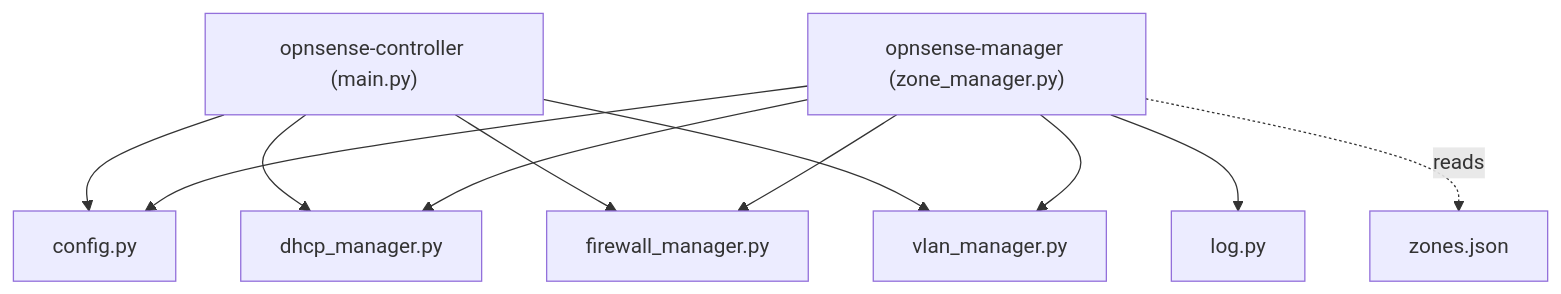
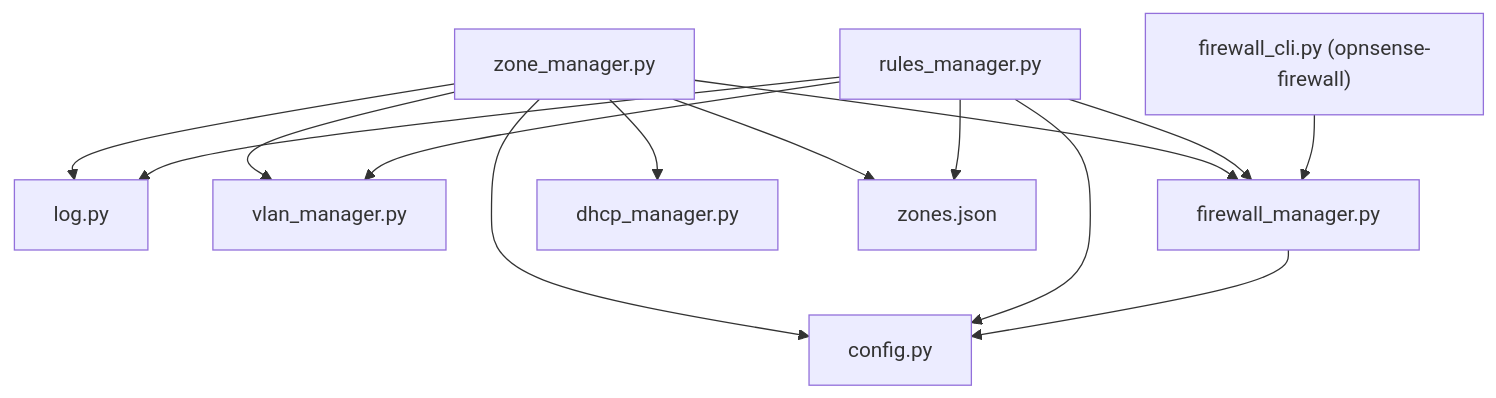
Before and after one commit to TAPPaaS/TAPPaaS: the fifth of 5 diagrams in src/foundation/DEPENDENCIES.md, drawn with Mermaid. The commit also changed other lines of this file and 181 other files, not shown here.

````diff
--- a/src/foundation/DEPENDENCIES.md
+++ b/src/foundation/DEPENDENCIES.md
@@ -162,13 +245,16 @@
 ```mermaid
 graph TD
-    OC["opnsense-controller (main.py)"] --> CONF["config.py"]
-    OC --> DHCP["dhcp_manager.py"]
-    OC --> FW["firewall_manager.py"]
-    OC --> VLAN["vlan_manager.py"]
-    OM["opnsense-manager (zone_manager.py)"] --> CONF
-    OM --> DHCP
-    OM --> FW
-    OM --> VLAN
-    OM --> LOG["log.py"]
-    OM -.reads.-> ZN["zones.json"]
+    ZM["zone_manager.py"] --> CFG["config.py"]
+    ZM --> LOG["log.py"]
+    ZM --> VL["vlan_manager.py"]
+    ZM --> FW["firewall_manager.py"]
+    ZM --> DH["dhcp_manager.py"]
+    ZM --> ZJ["zones.json"]
+    RM["rules_manager.py"] --> CFG
+    RM --> LOG
+    RM --> VL
+    RM --> FW
+    RM --> ZJ
+    FCLI["firewall_cli.py (opnsense-firewall)"] --> FW
+    FW --> CFG
 ```
````
